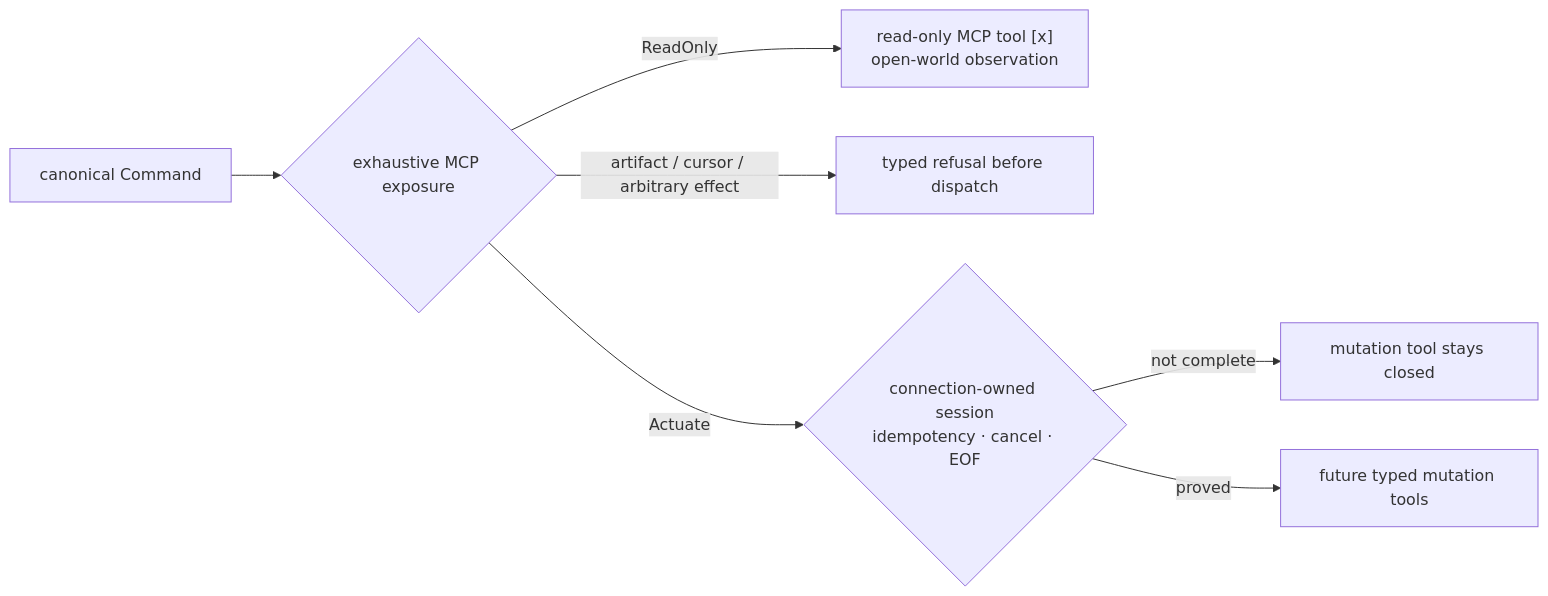
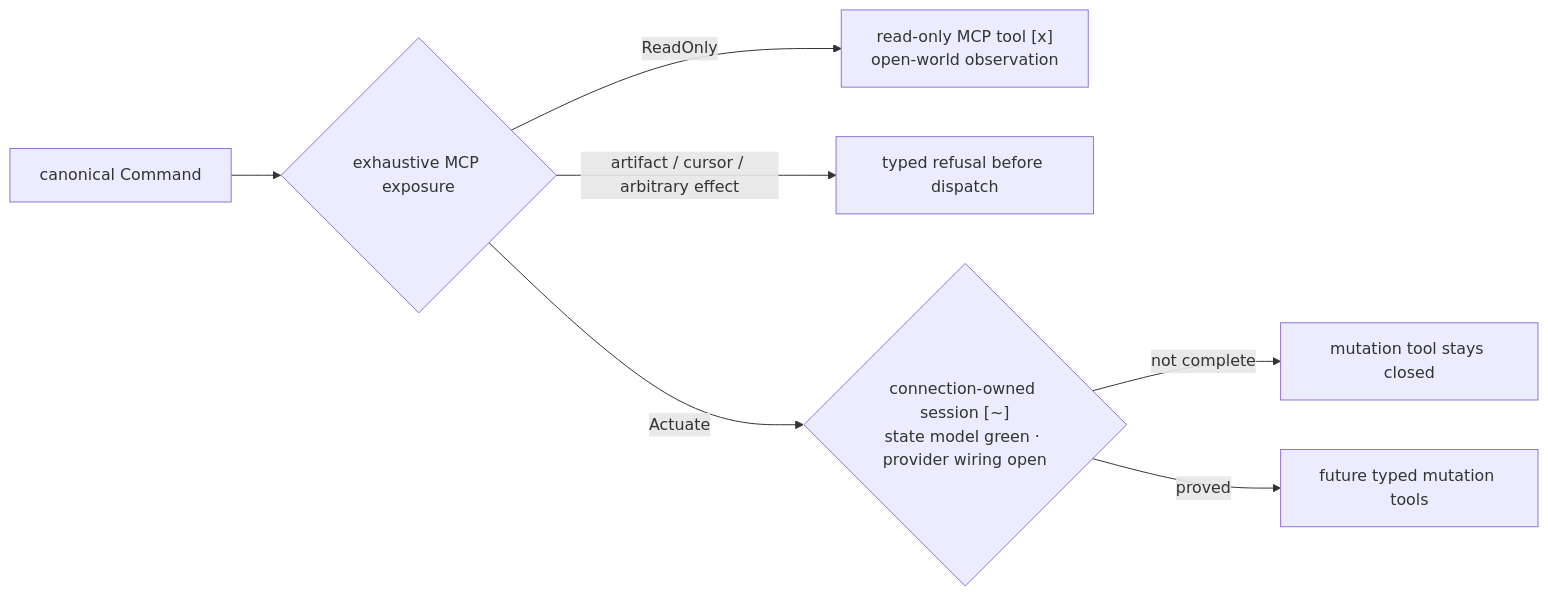
Before and after one commit to partnernetsoftware/agenterm: the diagram in prd/PRD_02_11_mcp_orchestration.md, drawn with Mermaid. The commit also changed other lines of this file and 4 other files, not shown here.

````diff
--- a/prd/PRD_02_11_mcp_orchestration.md
+++ b/prd/PRD_02_11_mcp_orchestration.md
@@ -224,9 +230,9 @@
   ```mermaid
   flowchart LR
     CMD["canonical Command"] --> CLASS{"exhaustive MCP exposure"}
     CLASS -->|ReadOnly| RO["read-only MCP tool [x]<br/>open-world observation"]
     CLASS -->|artifact / cursor / arbitrary effect| BROAD["typed refusal before dispatch"]
-    CLASS -->|Actuate| LIFE{"connection-owned session<br/>idempotency · cancel · EOF"}
+    CLASS -->|Actuate| LIFE{"connection-owned session [~]<br/>state model green · provider wiring open"}
     LIFE -->|not complete| CLOSED["mutation tool stays closed"]
     LIFE -->|proved| MUT["future typed mutation tools"]
   ```
````
